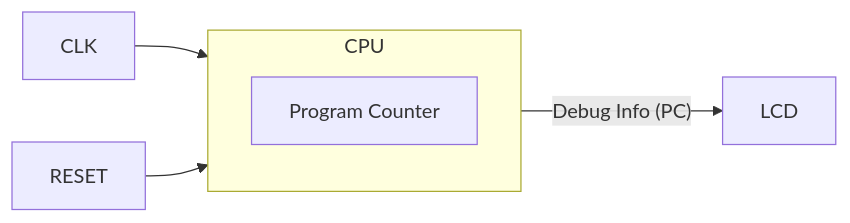
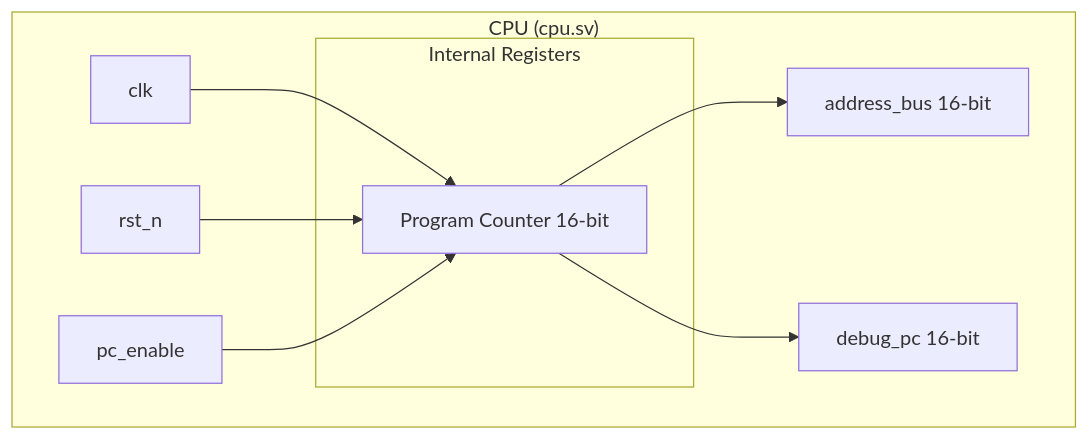
The first of 4 diagrams in day05/README.md (sokoide/tangnano_6502_cpu), drawn with Mermaid before and after one commit. The commit also changed other lines of this file and 1 other file, not shown here.

````diff
--- a/day05/README.md
+++ b/day05/README.md
@@ -33,9 +33,15 @@
 ```mermaid
-graph LR
-    CLK --> CPU
-    RESET --> CPU
-    subgraph CPU
-        PC[Program Counter]
+graph TD
+    subgraph "CPU (cpu.sv)"
+        subgraph "Internal Registers"
+            PC[Program Counter 16-bit]
+        end
+        
+        CLK[clk] --> PC
+        RST[rst_n] --> PC
+        EN[pc_enable] --> PC
+        
+        PC --> AB[address_bus 16-bit]
+        PC --> DPC[debug_pc 16-bit]
     end
-    CPU -- Debug Info (PC) --> LCD
 ```
````
